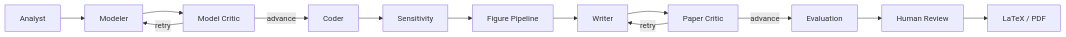
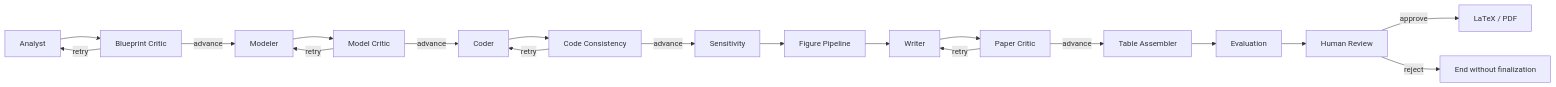
One commit to 123-qw-as/Beacon changed the diagram in README.md. Above: the diagram before and after it, drawn with Mermaid. The commit also changed other lines of this file and 36 other files, not shown here.

````diff
--- a/README.md
+++ b/README.md
@@ -68,15 +68,21 @@
 ```mermaid
 graph LR
-    A[Analyst] --> B[Modeler]
-    B --> C[Model Critic]
-    C -->|retry| B
-    C -->|advance| D[Coder]
-    D --> E[Sensitivity]
-    E --> F[Figure Pipeline]
-    F --> G[Writer]
-    G --> H[Paper Critic]
-    H -->|retry| G
-    H -->|advance| I[Evaluation]
-    I --> J[Human Review]
-    J --> K[LaTeX / PDF]
+    A[Analyst] --> B[Blueprint Critic]
+    B -->|retry| A
+    B -->|advance| C[Modeler]
+    C --> D[Model Critic]
+    D -->|retry| C
+    D -->|advance| E[Coder]
+    E --> F[Code Consistency]
+    F -->|retry| E
+    F -->|advance| G[Sensitivity]
+    G --> H[Figure Pipeline]
+    H --> I[Writer]
+    I --> J[Paper Critic]
+    J -->|retry| I
+    J -->|advance| K[Table Assembler]
+    K --> L[Evaluation]
+    L --> M[Human Review]
+    M -->|approve| N[LaTeX / PDF]
+    M -->|reject| O[End without finalization]
 ```
````
